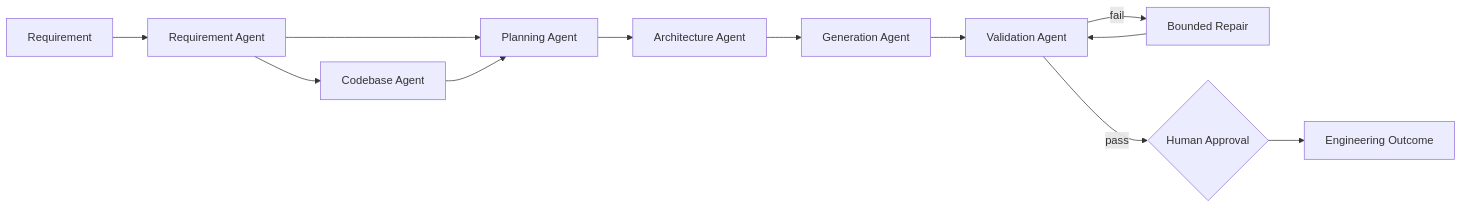
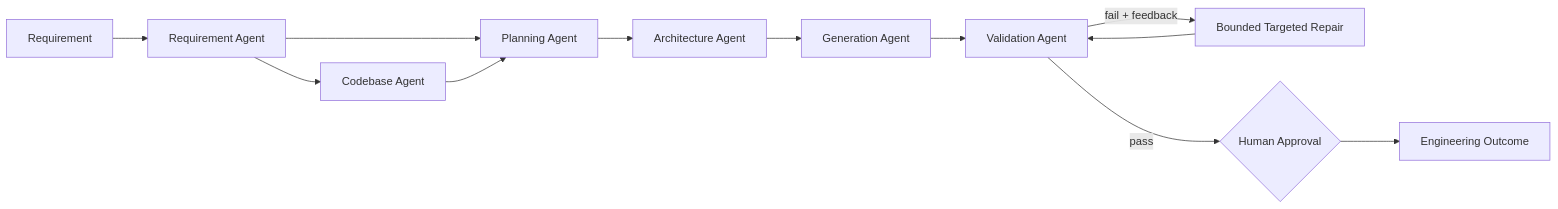
The diagram in README.md (RavishankarVAD/agentic-sdlc-engineering-system), drawn with Mermaid before and after one commit. The commit also changed other lines of this file, not shown here.

````diff
--- a/README.md
+++ b/README.md
@@ -25,14 +25,14 @@
 ```mermaid
 flowchart LR
     R[Requirement] --> A[Requirement Agent]
     A --> C[Codebase Agent]
     A --> P[Planning Agent]
     C --> P
     P --> D[Architecture Agent]
     D --> G[Generation Agent]
     G --> V[Validation Agent]
-    V -->|fail| X[Bounded Repair]
+    V -->|fail + feedback| X[Bounded Targeted Repair]
     X --> V
     V -->|pass| H{Human Approval}
     H --> O[Engineering Outcome]
 ```
````
